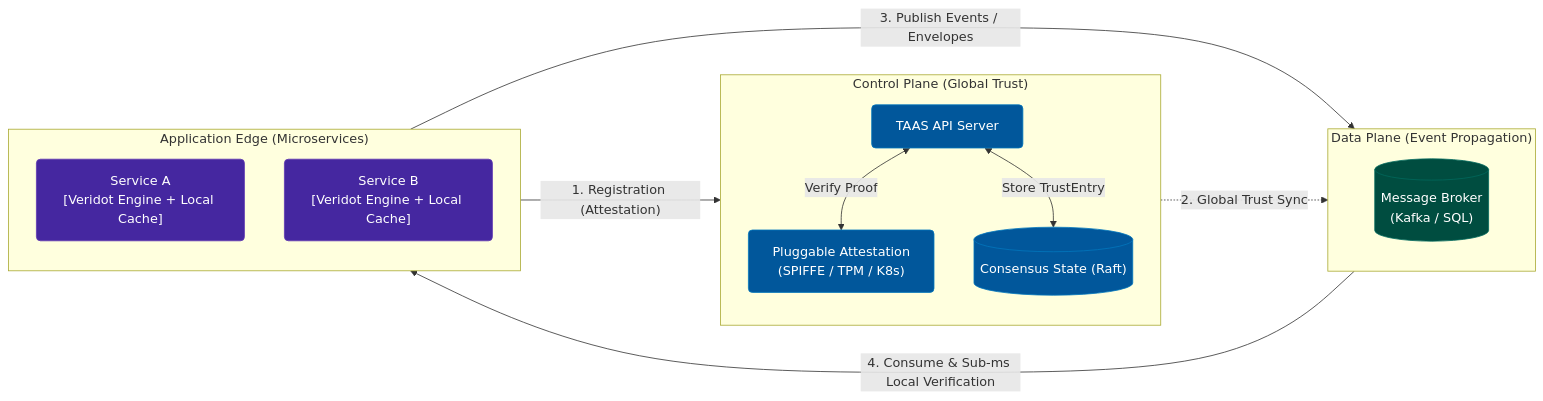
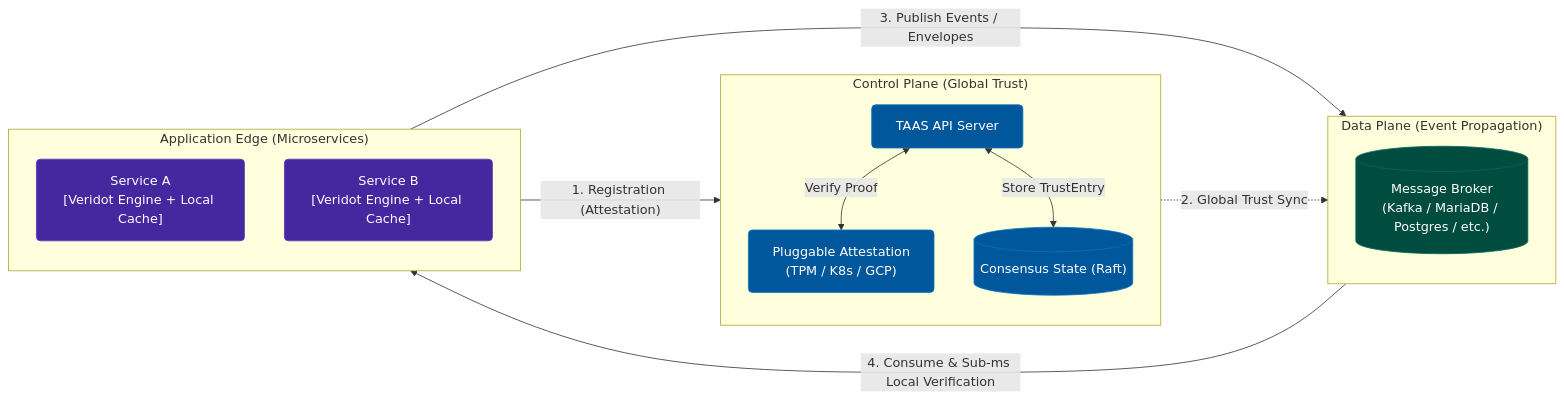
One commit to cyfko/veridot changed the first of 4 diagrams in docs/docs/architecture/overview.md. Above: the diagram before and after it, drawn with Mermaid. The commit also changed other lines of this file and 31 other files, not shown here.

Commit message:
docs: align documentation with Veridot V5 Zero-Trust architecture

````diff
--- a/docs/docs/architecture/overview.md
+++ b/docs/docs/architecture/overview.md
@@ -16,35 +16,35 @@
 ```mermaid
 flowchart LR
     %% Premium Theme
     classDef default fill:#424242,stroke:#616161,stroke-width:1px,color:#fff,rx:5px,ry:5px;
     classDef service fill:#4527a0,stroke:#5e35b1,stroke-width:1px,color:#fff,rx:5px,ry:5px;
     classDef broker fill:#004d40,stroke:#00695c,stroke-width:1px,color:#fff,rx:5px,ry:5px;
     classDef taas fill:#01579b,stroke:#0277bd,stroke-width:1px,color:#fff,rx:5px,ry:5px;
 
     subgraph CP ["Control Plane (Global Trust)"]
         direction TB
         API["TAAS API Server"]:::taas
-        Attestor["Pluggable Attestation<br/>(SPIFFE / TPM / K8s)"]:::taas
+        Attestor["Pluggable Attestation<br/>(TPM / K8s / GCP)"]:::taas
         Raft[("Consensus State (Raft)")]:::taas
         
         API <-->|"Verify Proof"| Attestor
         API <-->|"Store TrustEntry"| Raft
     end
 
     subgraph DP ["Data Plane (Event Propagation)"]
         direction TB
-        Broker[("Message Broker<br/>(Kafka / SQL)")]:::broker
+        Broker[("Message Broker<br/>(Kafka / MariaDB / Postgres / etc.)")]:::broker
     end
 
     subgraph MN ["Application Edge (Microservices)"]
         direction TB
         SvcA["Service A<br/>[Veridot Engine + Local Cache]"]:::service
         SvcB["Service B<br/>[Veridot Engine + Local Cache]"]:::service
     end
 
     %% Flow
     SvcA -->|"1. Registration (Attestation)"| API
     API -.->|"2. Global Trust Sync"| Broker
     SvcA --->|"3. Publish Events / Envelopes"| Broker
     Broker --->|"4. Consume & Sub-ms Local Verification"| SvcB
 ```
````
